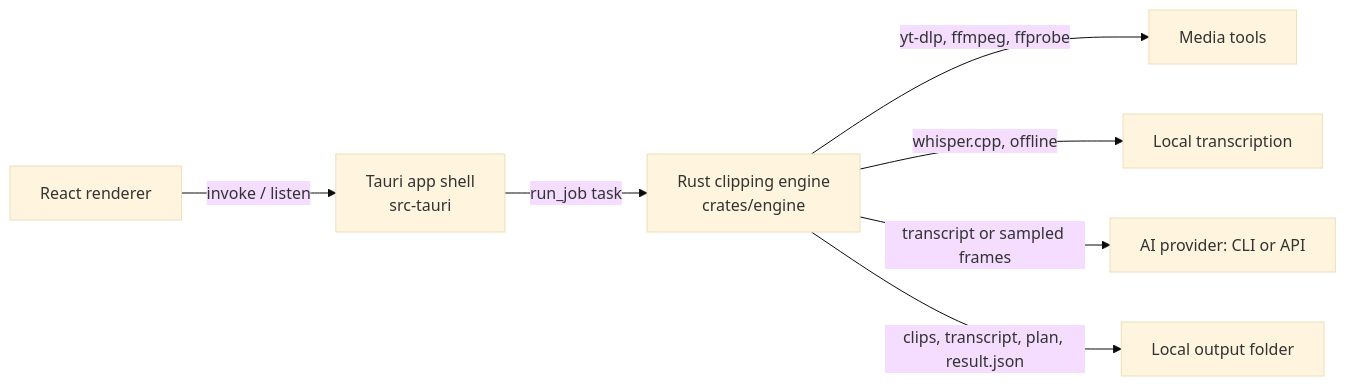
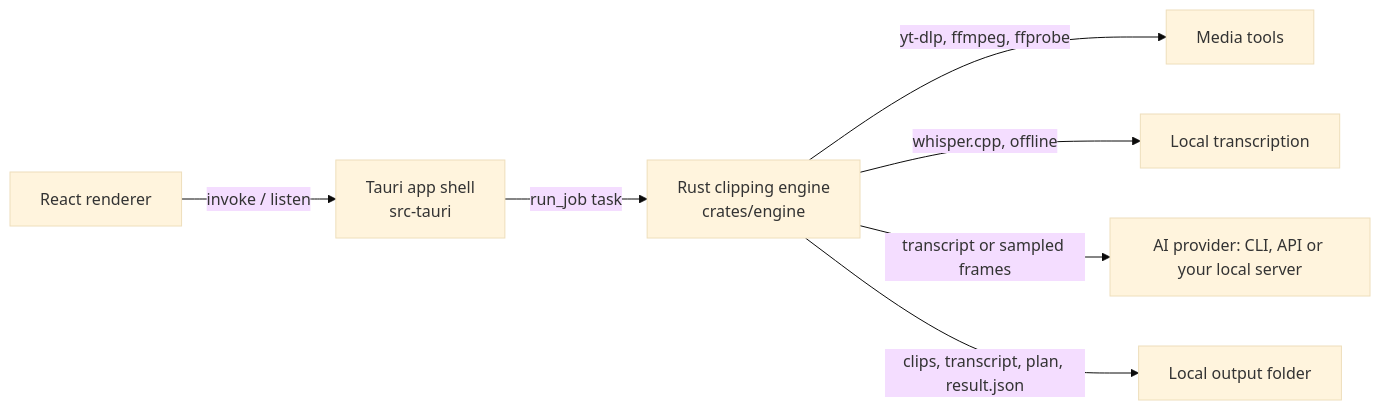
One commit to ultramenid/clipward changed the diagram in docs/ARCHITECTURE.md. Above: the diagram before and after it, drawn with Mermaid (base theme). The commit also changed other lines of this file and 21 other files, not shown here.

First line of the commit message:
Add a Local AI provider for fully offline clip planning

````diff
--- a/docs/ARCHITECTURE.md
+++ b/docs/ARCHITECTURE.md
@@ -3,9 +3,9 @@
 ```mermaid
 flowchart LR
   UI[React renderer] -->|invoke / listen| Shell[Tauri app shell<br/>src-tauri]
   Shell -->|run_job task| Engine[Rust clipping engine<br/>crates/engine]
   Engine -->|yt-dlp, ffmpeg, ffprobe| Tools[Media tools]
   Engine -->|whisper.cpp, offline| Whisper[Local transcription]
-  Engine -->|transcript or sampled frames| AI[AI provider: CLI or API]
+  Engine -->|transcript or sampled frames| AI[AI provider: CLI, API or your local server]
   Engine -->|clips, transcript, plan, result.json| Library[Local output folder]
 ```
````
